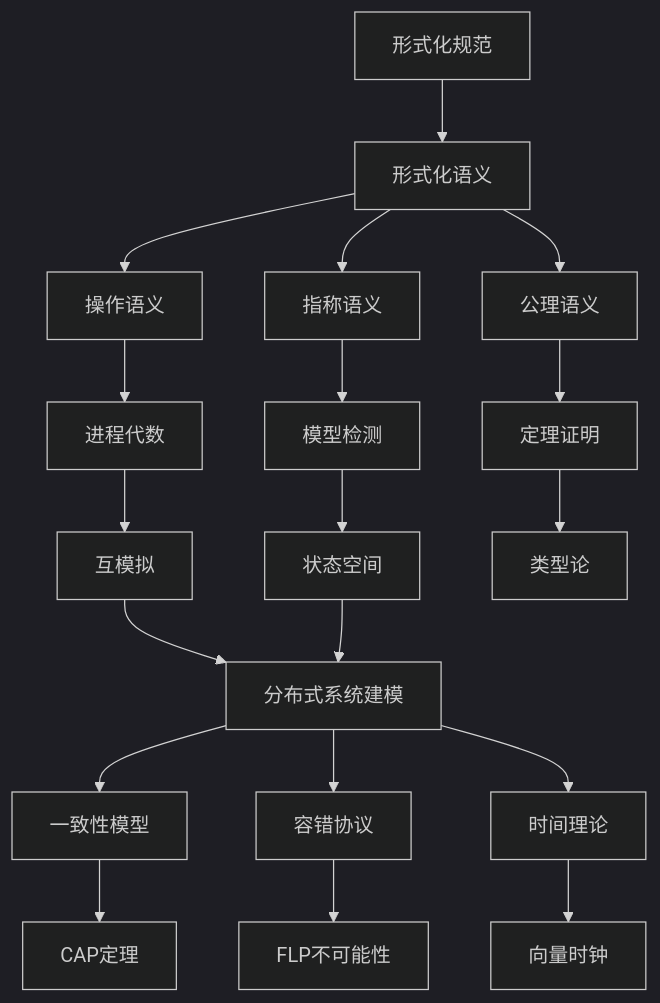
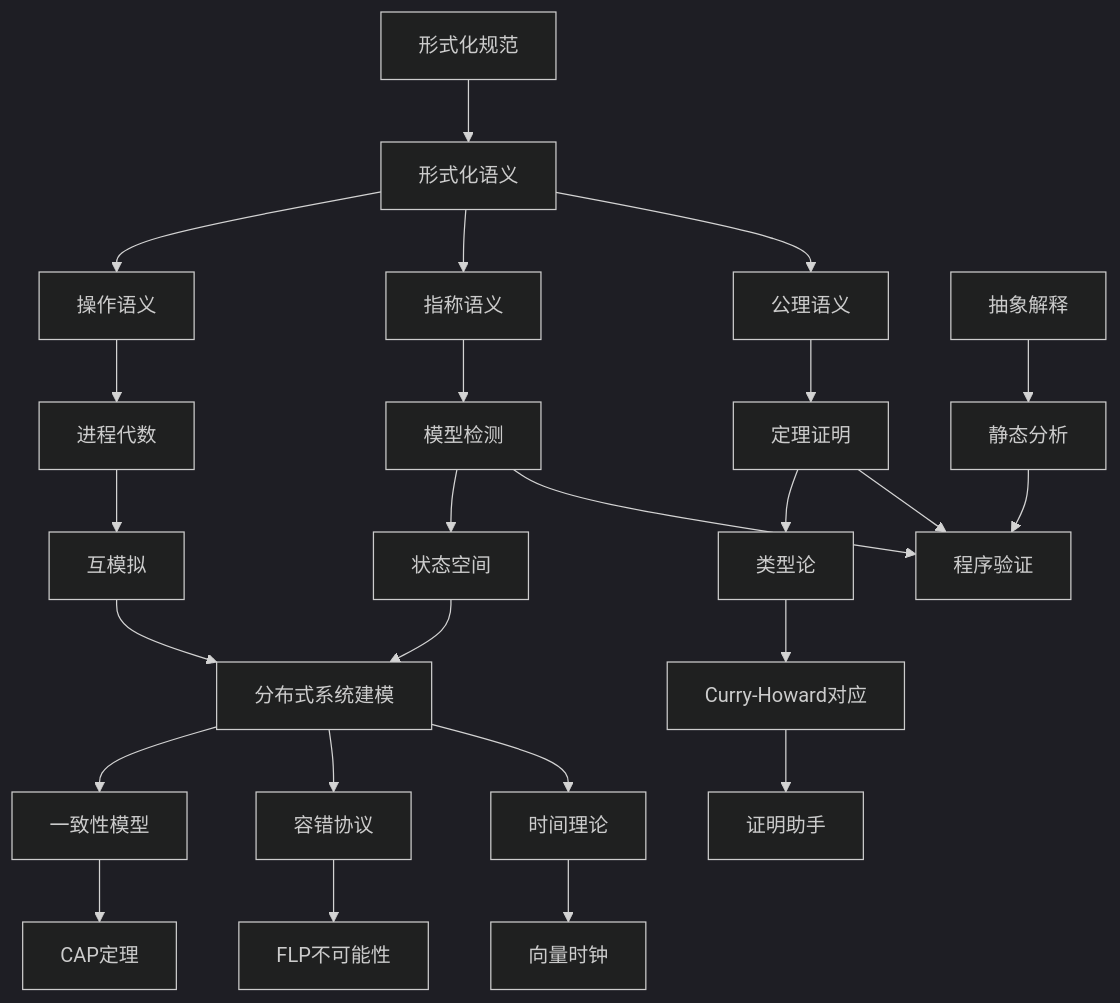
One commit to AdaMartin18010/AnalysisDataFlow changed the third of 3 diagrams in formal-methods/98-appendices/02-glossary.md. Above: the diagram before and after it, drawn with Mermaid (dark theme). The commit also changed other lines of this file and 33 other files, not shown here.

````diff
--- a/formal-methods/98-appendices/02-glossary.md
+++ b/formal-methods/98-appendices/02-glossary.md
@@ -410,26 +2004,34 @@
 ```mermaid
 flowchart TD
     A[形式化规范] --> B[形式化语义]
     B --> C[操作语义]
     B --> D[指称语义]
     B --> E[公理语义]
 
     C --> F[进程代数]
     D --> G[模型检测]
     E --> H[定理证明]
 
     F --> I[互模拟]
     G --> J[状态空间]
     H --> K[类型论]
 
     I --> L[分布式系统建模]
     J --> L
 
     L --> M[一致性模型]
     L --> N[容错协议]
     L --> O[时间理论]
 
     M --> P[CAP定理]
     N --> Q[FLP不可能性]
     O --> R[向量时钟]
+
+    K --> S[Curry-Howard对应]
+    S --> T[证明助手]
+
+    U[抽象解释] --> V[静态分析]
+    V --> W[程序验证]
+    H --> W
+    G --> W
 ```
````
